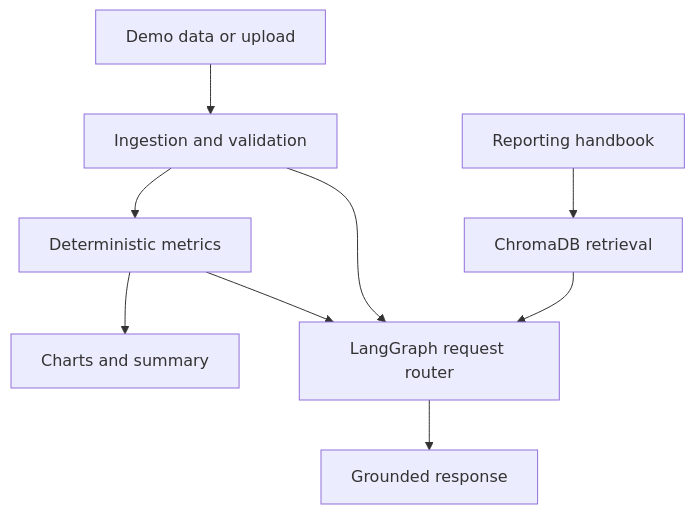
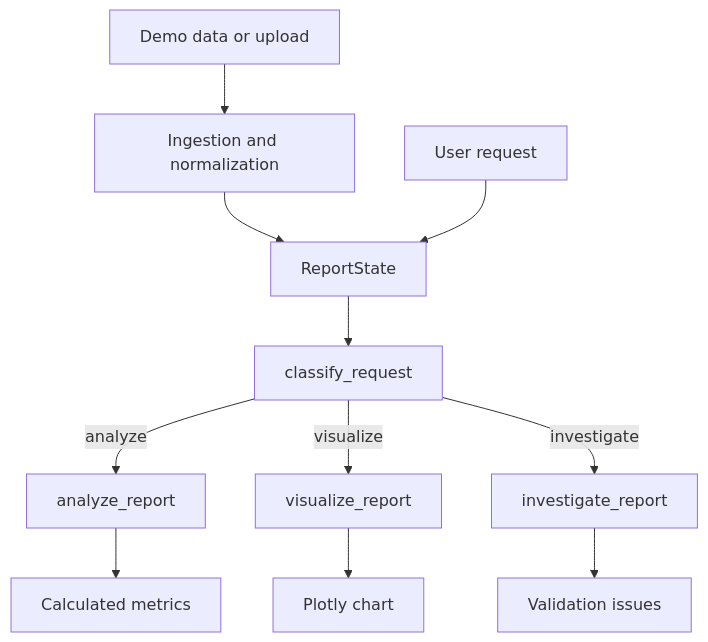
The diagram in README.md (alanaswk/ReportOps), drawn with Mermaid before and after one commit. The commit also changed other lines of this file and 7 other files, not shown here.

Commit message:
Add LangGraph request routing workflow

````diff
--- a/README.md
+++ b/README.md
@@ -65,11 +66,13 @@
 ```mermaid
 flowchart TD
-    A["Demo data or upload"] --> B["Ingestion and validation"]
-    B --> C["Deterministic metrics"]
-    C --> D["Charts and summary"]
-    B --> E["LangGraph request router"]
-    C --> E
-    F["Reporting handbook"] --> G["ChromaDB retrieval"]
-    G --> E
-    E --> H["Grounded response"]
+    D["Demo data or upload"] --> P["Ingestion and normalization"]
+    P --> S["ReportState"]
+    U["User request"] --> S
+    S --> C["classify_request"]
+    C -->|analyze| A["analyze_report"]
+    C -->|visualize| V["visualize_report"]
+    C -->|investigate| I["investigate_report"]
+    A --> AM["Calculated metrics"]
+    V --> VC["Plotly chart"]
+    I --> VI["Validation issues"]
 ```
````
